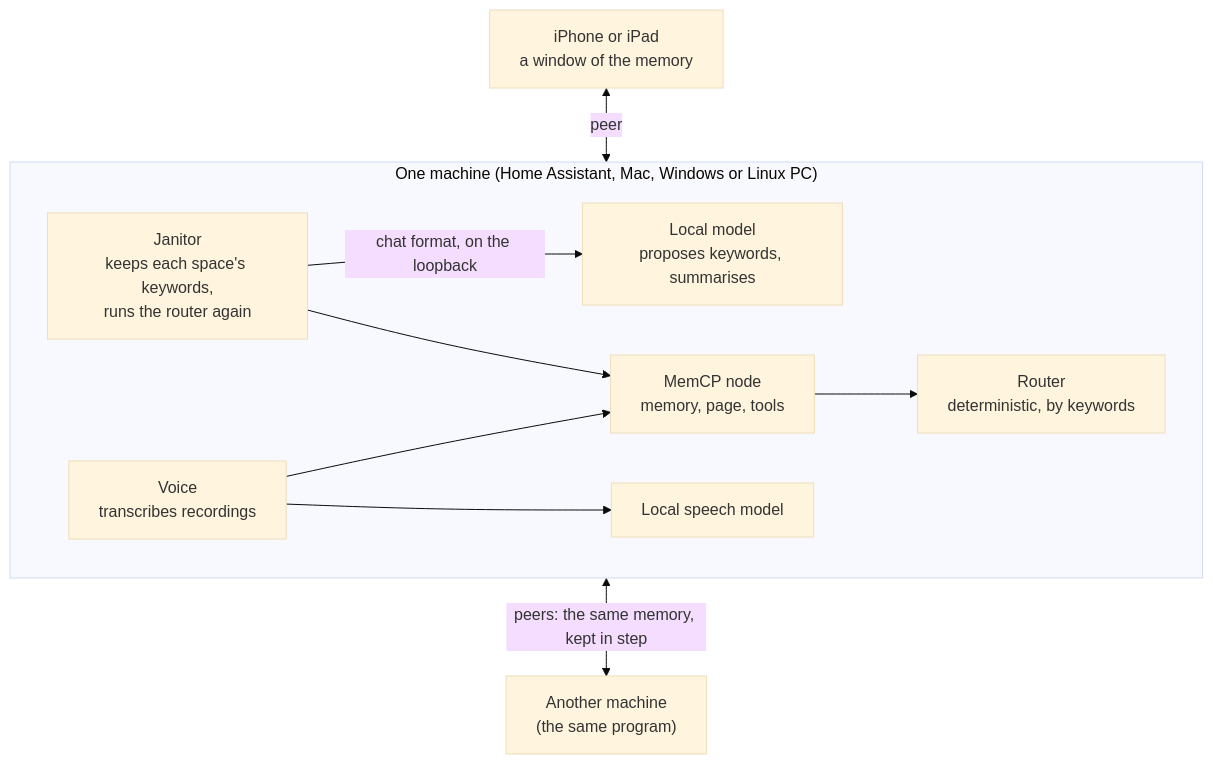
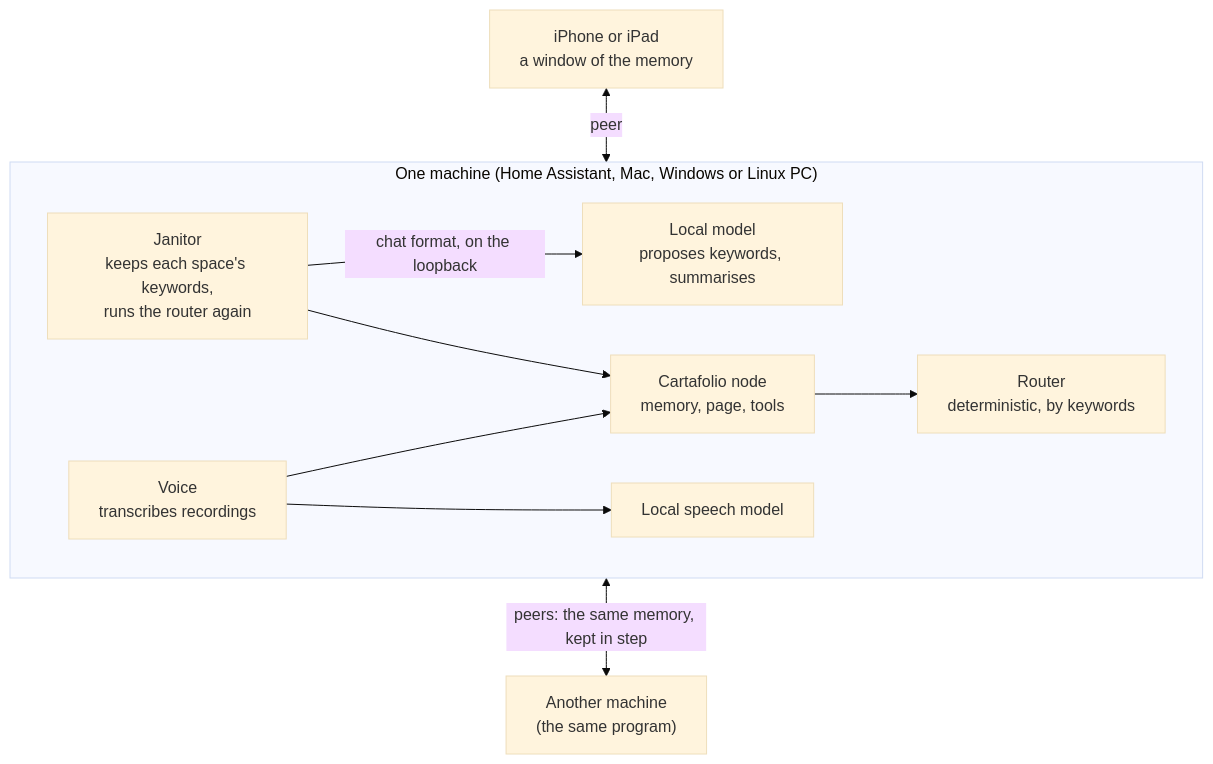
Before and after one commit to WilliamFriconneau/cartafolio-core: the diagram in docs/LOCAL-TOOLS.md, drawn with Mermaid (base theme). The commit also changed other lines of this file and 43 other files, not shown here.

````diff
--- a/docs/LOCAL-TOOLS.md
+++ b/docs/LOCAL-TOOLS.md
@@ -6,18 +6,18 @@
 ```mermaid
 flowchart TB
   subgraph Machine["One machine (Home Assistant, Mac, Windows or Linux PC)"]
-    N["MemCP node<br/>memory, page, tools"]
+    N["Cartafolio node<br/>memory, page, tools"]
     J["Janitor<br/>keeps each space's keywords,<br/>runs the router again"]
     R["Router<br/>deterministic, by keywords"]
     V["Voice<br/>transcribes recordings"]
     M["Local model<br/>proposes keywords, summarises"]
     S["Local speech model"]
     N --> R
     J --> N
     J -- "chat format, on the loopback" --> M
     V --> S
     V --> N
   end
   Machine <-- "peers: the same memory, kept in step" --> Other["Another machine<br/>(the same program)"]
   Phone["iPhone or iPad<br/>a window of the memory"] <-- "peer" --> Machine
 ```
````
